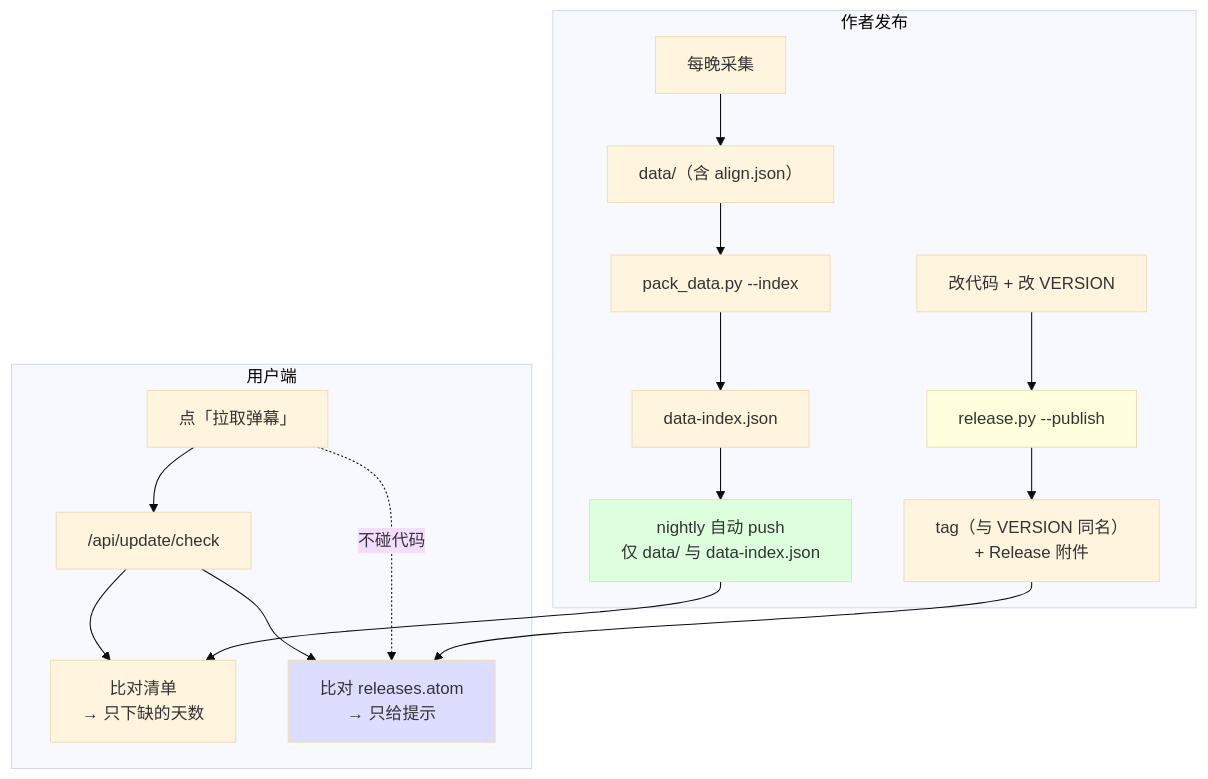
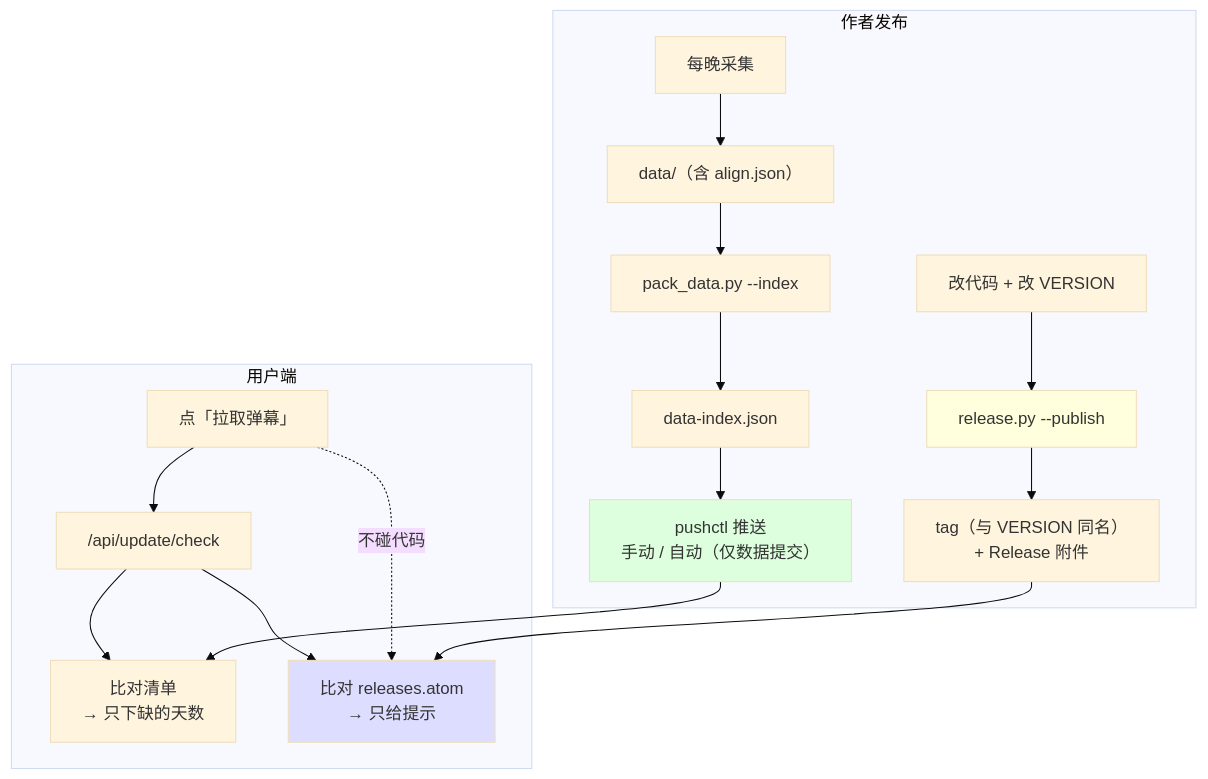
One commit to root9701/danmaku-timewarp changed the second of 3 diagrams in 架构总览.md. Above: the diagram before and after it, drawn with Mermaid (base theme). The commit also changed other lines of this file and 13 other files, not shown here.

````diff
--- a/架构总览.md
+++ b/架构总览.md
@@ -85,22 +86,22 @@
 ```mermaid
 flowchart TB
     subgraph 作者["作者发布"]
         A1["每晚采集"] --> A2["data/（含 align.json）"]
         A2 --> A3["pack_data.py --index"]
         A3 --> A4["data-index.json"]
-        A4 --> A8["nightly 自动 push<br/>仅 data/ 与 data-index.json"]
+        A4 --> A8["pushctl 推送<br/>手动 / 自动（仅数据提交）"]
         A5["改代码 + 改 VERSION"] --> A6["release.py --publish"]
         A6 --> A7["tag（与 VERSION 同名）<br/>+ Release 附件"]
     end
     subgraph 用户["用户端"]
         B1["点「拉取弹幕」"] --> B2["/api/update/check"]
         B2 --> B3["比对清单<br/>→ 只下缺的天数"]
         B2 --> B4["比对 releases.atom<br/>→ 只给提示"]
         B1 -.不碰代码.-> B4
     end
     A8 --> B3
     A7 --> B4
     style A6 fill:#ffd
     style A8 fill:#dfd
     style B4 fill:#ddf
 ```
````
